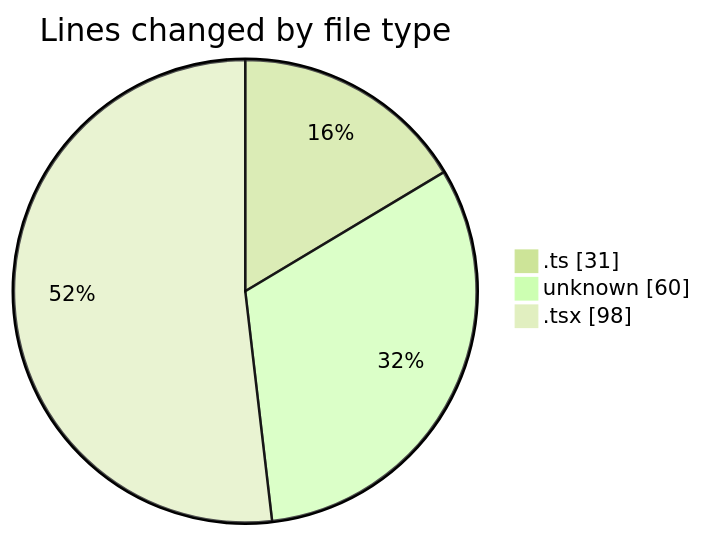
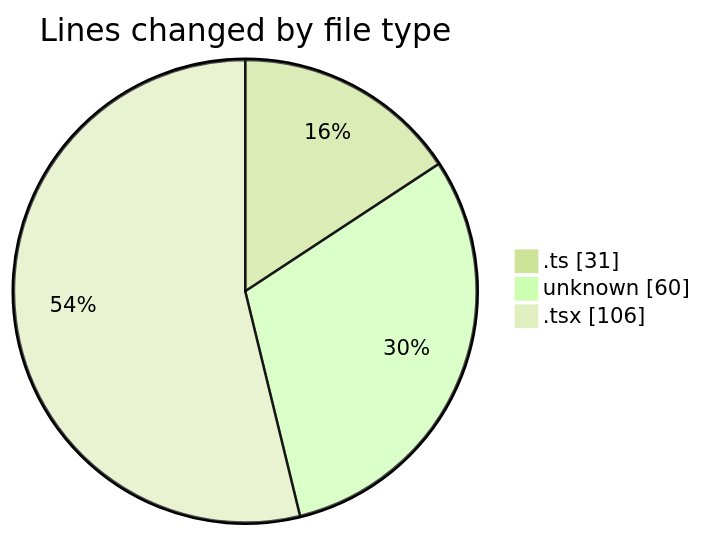
One commit to momahboobian/code-tracking changed the first of 2 diagrams in 2026-06-12/cda/README.md. Above: the diagram before and after it, drawn with Mermaid (forest theme). The commit also changed other lines of this file and 1 other file, not shown here.

````diff
--- a/2026-06-12/cda/README.md
+++ b/2026-06-12/cda/README.md
@@ -24,7 +24,7 @@
 ```mermaid
 pie showData
 title Lines changed by file type
 ".ts" : 31
 "unknown" : 60
-".tsx" : 98
+".tsx" : 106
 ```
````
